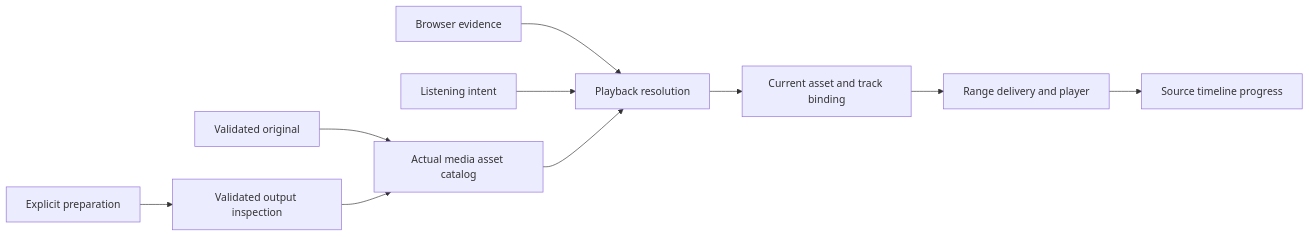
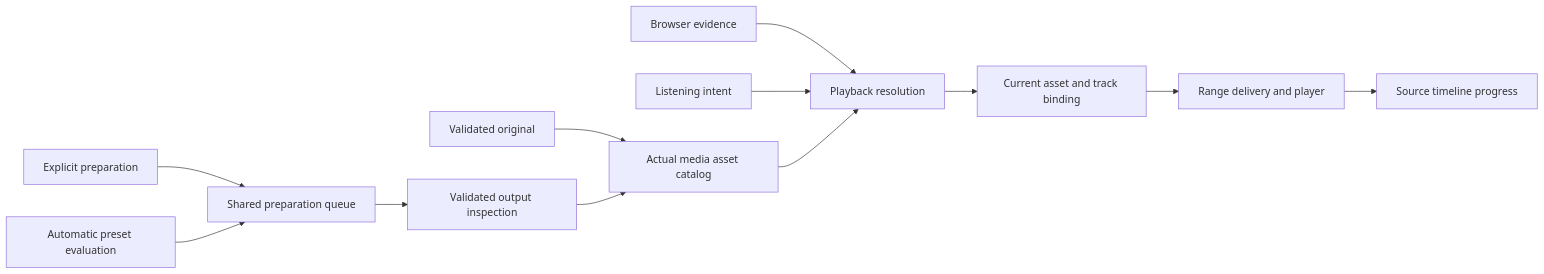
Before and after one commit to qw0er/Anishelf: the third of 5 diagrams in docs/development/architecture.md, drawn with Mermaid. The commit also changed other lines of this file and 78 other files, not shown here.

Commit message:
feat(media): add automatic preparation presets and background scheduling

````diff
--- a/docs/development/architecture.md
+++ b/docs/development/architecture.md
@@ -269,12 +269,14 @@
 ```mermaid
 flowchart LR
     Source[Validated original] --> Assets[Actual media asset catalog]
-    Prepare[Explicit preparation] --> Inspect[Validated output inspection]
+    Prepare[Explicit preparation] --> Queue[Shared preparation queue]
+    Auto[Automatic preset evaluation] --> Queue
+    Queue --> Inspect[Validated output inspection]
     Inspect --> Assets
     Browser[Browser evidence] --> Select[Playback resolution]
     Intent[Listening intent] --> Select
     Assets --> Select
     Select --> Active[Current asset and track binding]
     Active --> Player[Range delivery and player]
     Player --> Progress[Source timeline progress]
 ```
````
